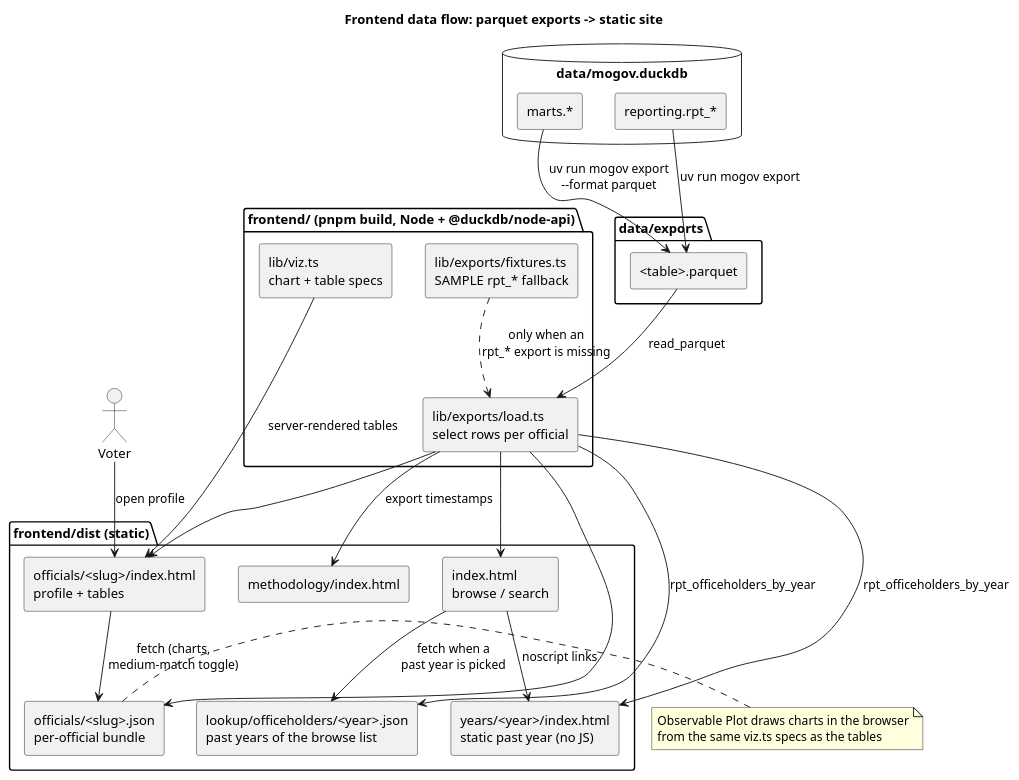
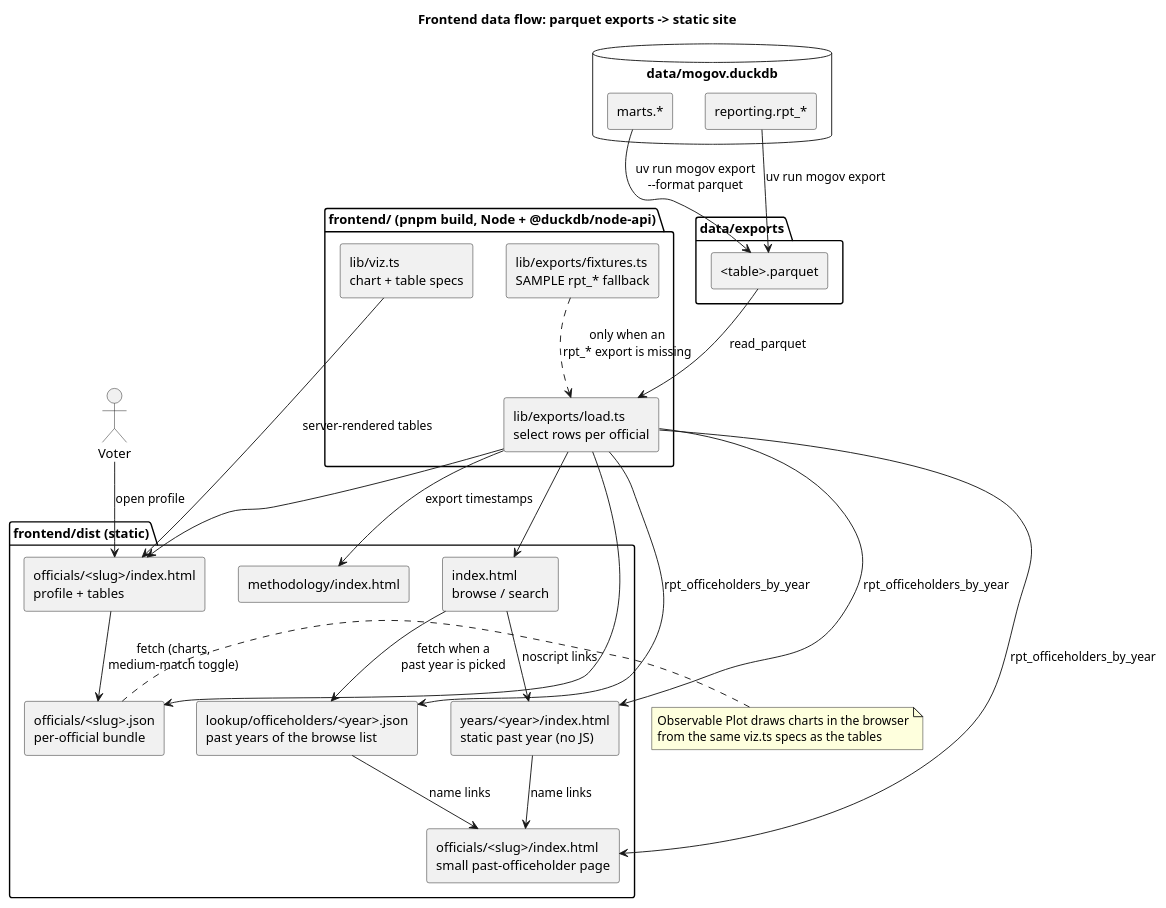
The diagram in docs/diagrams/frontend_data_flow.puml (akettmann/missouri_gov_feed), drawn with PlantUML before and after one commit. The commit also changed 10 other files, not shown here.

Commit message:
Small pages for past officeholders; year pages and lookup JSON link every name (Fixes #19)

```diff
--- a/docs/diagrams/frontend_data_flow.puml
+++ b/docs/diagrams/frontend_data_flow.puml
@@ -1,50 +1,54 @@
 @startuml frontend_data_flow
 title Frontend data flow: parquet exports -> static site
 skinparam componentStyle rectangle
 
 database "data/mogov.duckdb" as wh {
   [marts.*] as marts
   [reporting.rpt_*] as rpt
 }
 
 folder "data/exports" as exports {
   [<table>.parquet] as pq
 }
 
 package "frontend/ (pnpm build, Node + @duckdb/node-api)" {
   [lib/exports/load.ts\nselect rows per official] as load
   [lib/exports/fixtures.ts\nSAMPLE rpt_* fallback] as fixtures
   [lib/viz.ts\nchart + table specs] as viz
 }
 
 folder "frontend/dist (static)" as dist {
   [index.html\nbrowse / search] as idx
   [lookup/officeholders/<year>.json\npast years of the browse list] as yearjson
   [years/<year>/index.html\nstatic past year (no JS)] as yearpage
   [officials/<slug>/index.html\nprofile + tables] as page
+  [officials/<slug>/index.html\nsmall past-officeholder page] as pastpage
   [officials/<slug>.json\nper-official bundle] as json
   [methodology/index.html] as meth
 }
 
 actor Voter as voter
 
 marts --> pq : uv run mogov export\n--format parquet
 rpt --> pq : uv run mogov export
 pq --> load : read_parquet
 fixtures ..> load : only when an\nrpt_* export is missing
 load --> idx
 load --> yearjson : rpt_officeholders_by_year
 idx --> yearjson : fetch when a\npast year is picked
 load --> yearpage : rpt_officeholders_by_year
+load --> pastpage : rpt_officeholders_by_year
+yearpage --> pastpage : name links
+yearjson --> pastpage : name links
 idx --> yearpage : noscript links
 load --> page
 load --> json
 load --> meth : export timestamps
 viz --> page : server-rendered tables
 voter --> page : open profile
 page --> json : fetch (charts,\nmedium-match toggle)
 note right of json
   Observable Plot draws charts in the browser
   from the same viz.ts specs as the tables
 end note
 @enduml
```
